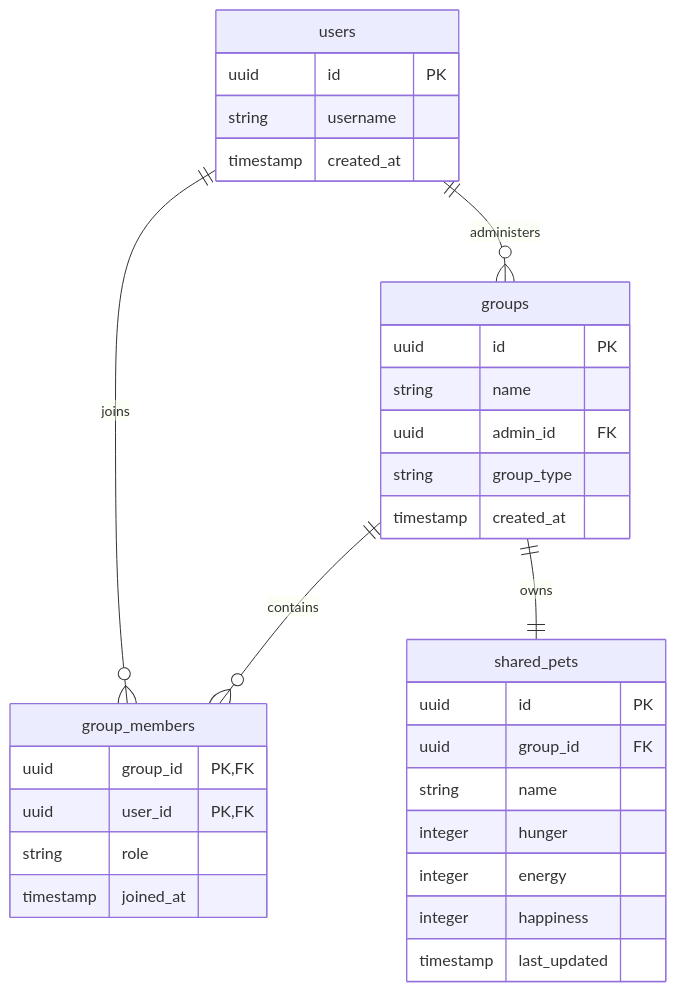
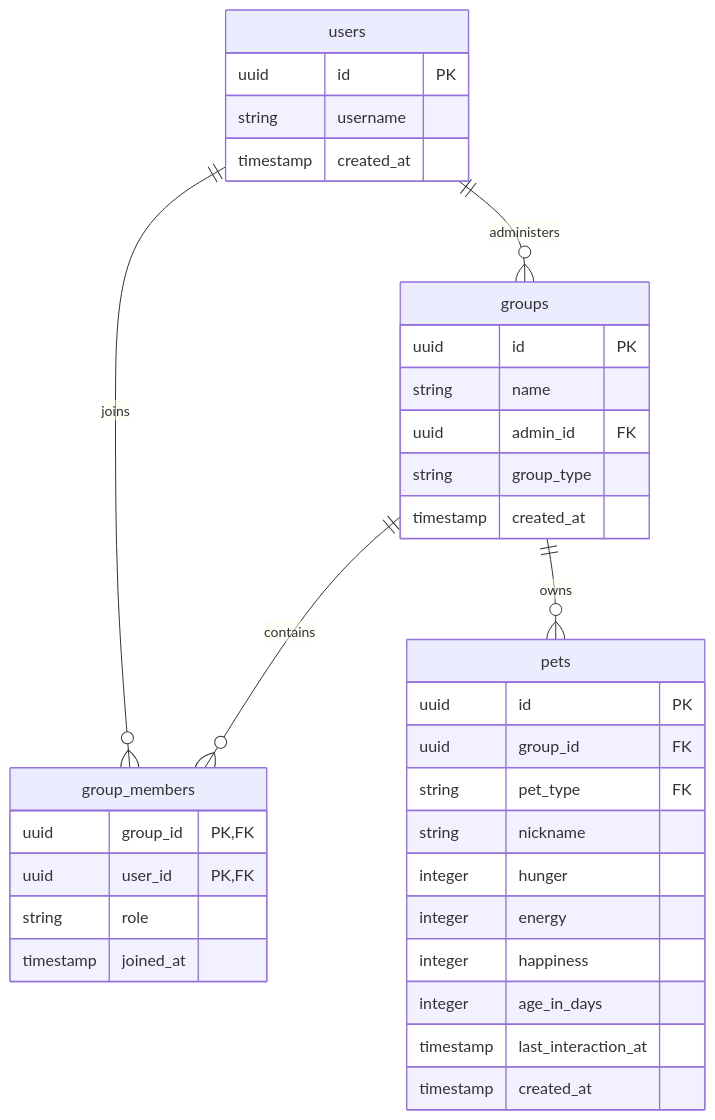
The first of 3 diagrams in Documentation/Multiplayer/01-shared-pet-care-architecture.md (TheMrCorvy/HATCH.REF), drawn with Mermaid before and after one commit. The commit also changed 11 other files, not shown here.

````diff
--- a/Documentation/Multiplayer/01-shared-pet-care-architecture.md
+++ b/Documentation/Multiplayer/01-shared-pet-care-architecture.md
@@ -57,35 +57,38 @@
 ```mermaid
 erDiagram
     users {
         uuid id PK
         string username
         timestamp created_at
     }
     groups {
         uuid id PK
         string name
         uuid admin_id FK
         string group_type
         timestamp created_at
     }
     group_members {
         uuid group_id PK, FK
         uuid user_id PK, FK
         string role
         timestamp joined_at
     }
-    shared_pets {
+    pets {
         uuid id PK
         uuid group_id FK
-        string name
+        string pet_type FK
+        string nickname
         integer hunger
         integer energy
         integer happiness
-        timestamp last_updated
+        integer age_in_days
+        timestamp last_interaction_at
+        timestamp created_at
     }
     
     users ||--o{ group_members : "joins"
     groups ||--o{ group_members : "contains"
-    groups ||--|| shared_pets : "owns"
+    groups ||--o{ pets : "owns"
     users ||--o{ groups : "administers"
 ```
````
